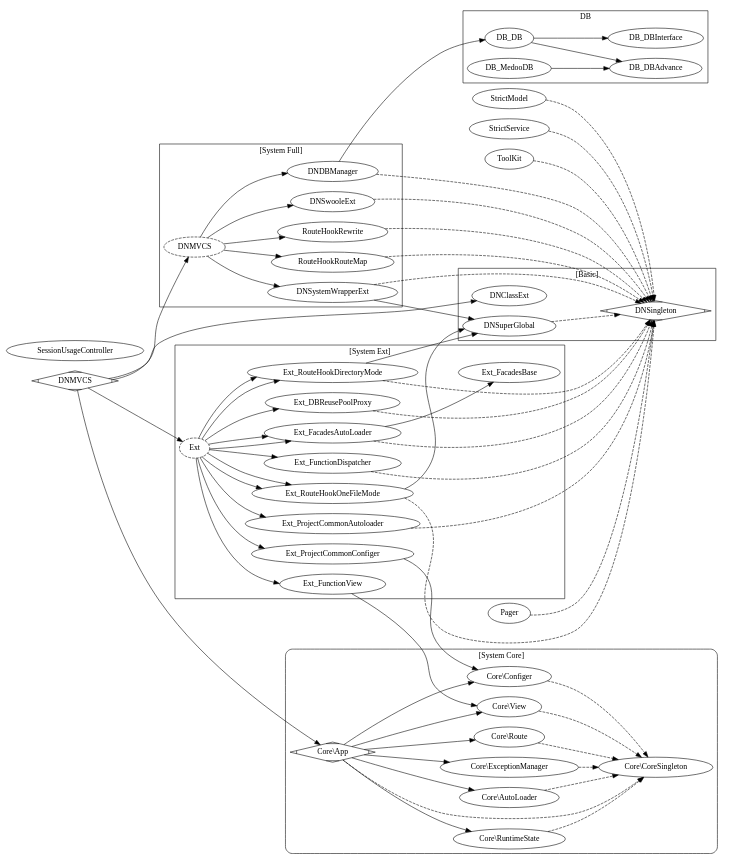
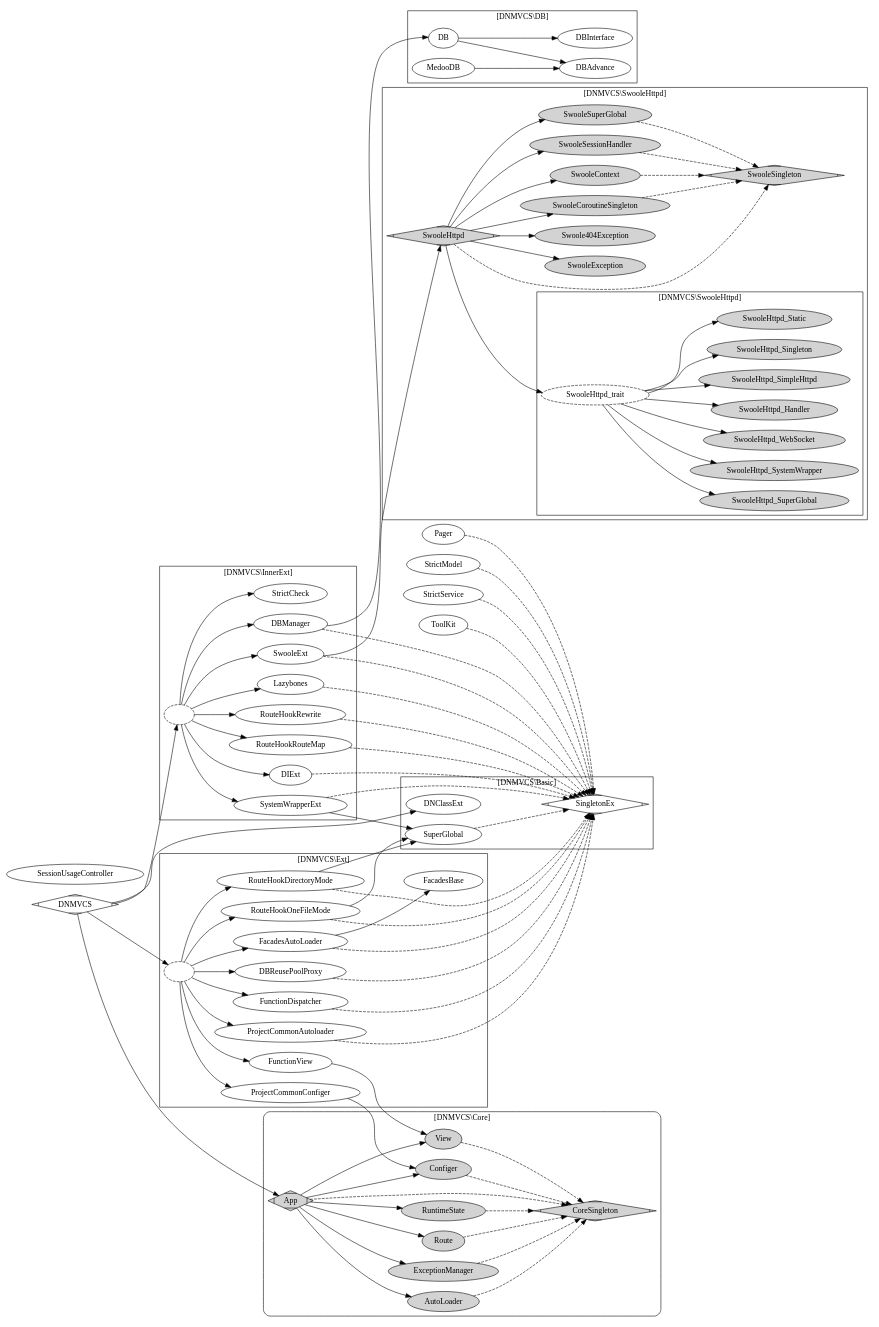
The diagram in dnmvcs.gv (dvaknheo/duckphp), drawn with Graphviz before and after one commit. The commit also changed 9 other files, not shown here.

Commit message:
大功告成，只需要文档，后面 SwooleExt 部分再优化点

```diff
--- a/dnmvcs.gv
+++ b/dnmvcs.gv
@@ -1,113 +1,174 @@
 digraph G{
 /* This is a graphviz file */
 graph [rankdir = "LR"];
 subgraph cluster_Basic {
-    label = "[Basic]";
-    DNSingleton [shape=Mdiamond];
-    DNSuperGlobal;
+    label = "[DNMVCS\\Basic]";
+    SingletonEx [shape=Mdiamond];
+    SuperGlobal;
     DNClassExt;
-    DNSuperGlobal -> DNSingleton[style="dashed"]; 
+    SuperGlobal -> SingletonEx[style="dashed"]; 
+}
+subgraph cluster_SwooleHttpd {
+    node [style=filled];
+    label = "[DNMVCS\\SwooleHttpd]";
+
+subgraph cluster_SwooleHttpd_trait {
+
+SwooleHttpd_trait [style="dashed"];
+SwooleHttpd_trait -> SwooleHttpd_SimpleHttpd;
+SwooleHttpd_trait -> SwooleHttpd_Singleton;
+SwooleHttpd_trait -> SwooleHttpd_Static;
+SwooleHttpd_trait -> SwooleHttpd_SuperGlobal;
+SwooleHttpd_trait -> SwooleHttpd_SystemWrapper;
+SwooleHttpd_trait -> SwooleHttpd_WebSocket;
+SwooleHttpd_trait -> SwooleHttpd_Handler;
+
+}
+SwooleHttpd -> SwooleHttpd_trait;
+
+SwooleHttpd -> SwooleCoroutineSingleton;
+SwooleHttpd -> SwooleContext;
+SwooleHttpd -> SwooleException;
+SwooleHttpd -> Swoole404Exception;
+
+SwooleHttpd -> SwooleSessionHandler;
+SwooleHttpd -> SwooleSuperGlobal;
+
+
+SwooleHttpd -> SwooleSingleton [style="dashed"];
+SwooleCoroutineSingleton -> SwooleSingleton [style="dashed"];
+SwooleContext -> SwooleSingleton [style="dashed"];
+SwooleSuperGlobal -> SwooleSingleton [style="dashed"];
+SwooleSessionHandler -> SwooleSingleton [style="dashed"];
+
+SwooleHttpd [label="SwooleHttpd";shape=Mdiamond];
+SwooleSingleton [label="SwooleSingleton";shape=Mdiamond];
+
+SwooleCoroutineSingleton [label="SwooleCoroutineSingleton"];
+SwooleException [label="SwooleException"];
+Swoole404Exception [label="Swoole404Exception"];
+SwooleContext [label="SwooleContext"];
+SwooleSuperGlobal [label="SwooleSuperGlobal"];
+SwooleSessionHandler [label="SwooleSessionHandler"];
+
 }
 subgraph cluster_Core {
     style = "rounded";
-    label = "[System Core]";
+    label = "[DNMVCS\\Core]";
+    node [style=filled];
+    
     Core_App -> Core_AutoLoader ;
     Core_App -> Core_ExceptionManager;
     Core_App -> Core_View;
     Core_App -> Core_Configer;
     Core_App -> Core_Route;
     Core_App -> Core_RuntimeState;
     
     Core_App -> Core_CoreSingleton [style="dashed"];
     Core_AutoLoader -> Core_CoreSingleton [style="dashed"];
     Core_ExceptionManager -> Core_CoreSingleton [style="dashed"];
     Core_View -> Core_CoreSingleton [style="dashed"];
     Core_Configer -> Core_CoreSingleton [style="dashed"];
     Core_Route -> Core_CoreSingleton [style="dashed"];
     Core_RuntimeState -> Core_CoreSingleton [style="dashed"];
     
-    Core_CoreSingleton [label="Core\\CoreSingleton"];
-    Core_App [label="Core\\App";shape=Mdiamond];
-    Core_AutoLoader [label="Core\\AutoLoader"];
-    Core_ExceptionManager [label="Core\\ExceptionManager"];
-    Core_View [label="Core\\View"];
-    Core_Configer [label="Core\\Configer"];
-    Core_Route [label="Core\\Route"];
-    Core_RuntimeState [label="Core\\RuntimeState"];
+    Core_App [label="App";shape=Mdiamond];
+    Core_CoreSingleton [label="CoreSingleton";shape=Mdiamond];
+    Core_AutoLoader [label="AutoLoader"];
+    Core_ExceptionManager [label="ExceptionManager"];
+    Core_View [label="View"];
+    Core_Configer [label="Configer"];
+    Core_Route [label="Route"];
+    Core_RuntimeState [label="RuntimeState"];
 }
 
 
 subgraph cluster_DB {
-    label = "DB";
+    label = "[DNMVCS\\DB]";
 
 DB_DB -> DB_DBAdvance;
 DB_DB -> DB_DBInterface;
 DB_MedooDB -> DB_DBAdvance;
 
+DB_DB [label="DB"];
+DB_DBAdvance [label="DBAdvance"];
+DB_DBInterface [label="DBInterface"];
+DB_MedooDB [label="MedooDB"];
+
+
 }
-subgraph cluster_Full {
-    label = "[System Full]";
+subgraph cluster_InnerExt {
+    label = "[DNMVCS\\InnerExt]";
 
-    Full -> DNSwooleExt;
-    Full -> RouteHookRewrite;
-    Full -> RouteHookRouteMap;
+    InnerExt -> SwooleExt;
+    InnerExt -> RouteHookRewrite;
+    InnerExt -> RouteHookRouteMap;
+    InnerExt -> DIExt;
+    InnerExt -> Lazybones;
+    InnerExt -> StrictCheck;
+    
+    InnerExt -> SystemWrapperExt -> SuperGlobal;
+    InnerExt -> DBManager -> DB_DB;
+    
+    
 
-    Full -> DNSystemWrapperExt -> DNSuperGlobal;
-    Full -> DNDBManager -> DB_DB;
+    SwooleExt-> SwooleHttpd;
     
-    DNSwooleExt -> DNSingleton[style="dashed"]; 
-    RouteHookRewrite -> DNSingleton[style="dashed"]; 
-    RouteHookRouteMap -> DNSingleton [style="dashed"]; 
-    DNSystemWrapperExt -> DNSingleton [style="dashed"]; 
-    DNDBManager -> DNSingleton [style="dashed"]; 
+    SwooleExt -> SingletonEx[style="dashed"]; 
+    RouteHookRewrite -> SingletonEx[style="dashed"]; 
+    RouteHookRouteMap -> SingletonEx [style="dashed"]; 
+    SystemWrapperExt -> SingletonEx [style="dashed"]; 
+    DBManager -> SingletonEx [style="dashed"]; 
     
-    Full [label="DNMVCS";style="dashed"];
+    DIExt -> SingletonEx [style="dashed"]; 
+    Lazybones -> SingletonEx [style="dashed"]; 
+    
+ 
+    InnerExt [label="";style="dashed"];
 
 }
 subgraph cluster_Ext {
-label = "[System Ext]";
+label = "[DNMVCS\\Ext]";
 
 
-Ext-> Ext_DBReusePoolProxy; 
-Ext-> Ext_FunctionDispatcher;
-Ext-> Ext_ProjectCommonAutoloader;
-Ext-> Ext_FacadesAutoLoader;
-Ext-> Ext_RouteHookDirectoryMode;
-Ext-> Ext_RouteHookOneFileMode;
+Ext-> DBReusePoolProxy; 
+Ext-> FunctionDispatcher;
+Ext-> ProjectCommonAutoloader;
+Ext-> FacadesAutoLoader;
+Ext-> RouteHookDirectoryMode;
+Ext-> RouteHookOneFileMode;
+Ext-> ProjectCommonConfiger -> Core_Configer;
+Ext-> FunctionView  -> Core_View;
+FacadesAutoLoader ->FacadesBase ;
+RouteHookDirectoryMode -> SuperGlobal;
+RouteHookOneFileMode -> SuperGlobal;
 
-Ext_DBReusePoolProxy ->  DNSingleton [style="dashed"];  
-Ext_FunctionDispatcher -> DNSingleton [style="dashed"]; 
-Ext_ProjectCommonAutoloader -> DNSingleton [style="dashed"]; 
-Ext_FacadesAutoLoader -> DNSingleton [style="dashed"]; 
-Ext_RouteHookDirectoryMode -> DNSingleton [style="dashed"]; 
-Ext_RouteHookOneFileMode -> DNSingleton [style="dashed"]; 
-
-
-Ext-> Ext_FacadesAutoLoader -> Ext_FacadesBase ;
-Ext-> Ext_RouteHookDirectoryMode -> DNSuperGlobal;
-Ext-> Ext_RouteHookOneFileMode -> DNSuperGlobal;
-
-
-Ext-> Ext_ProjectCommonConfiger -> Core_Configer;
-Ext-> Ext_FunctionView  -> Core_View;
-
-Ext [label="Ext";style="dashed"];
+DBReusePoolProxy ->  SingletonEx [style="dashed"];  
+FunctionDispatcher -> SingletonEx [style="dashed"]; 
+ProjectCommonAutoloader -> SingletonEx [style="dashed"]; 
+FacadesAutoLoader -> SingletonEx [style="dashed"]; 
+RouteHookDirectoryMode -> SingletonEx [style="dashed"]; 
+RouteHookOneFileMode -> SingletonEx [style="dashed"]; 
+Ext [label="";style="dashed"];
 
 }
 
 
+
 DNMVCS -> Core_App;
-DNMVCS -> Full;
+DNMVCS -> InnerExt;
 DNMVCS -> Ext;
 DNMVCS -> DNClassExt;
 
 DNMVCS [shape=Mdiamond];
 
-DNSingleton;
-Pager -> DNSingleton [style="dashed"]; 
-StrictModel -> DNSingleton [style="dashed"]; 
-StrictService -> DNSingleton [style="dashed"]; 
-ToolKit  -> DNSingleton [style="dashed"]; 
+SingletonEx;
+Pager -> SingletonEx [style="dashed"]; 
+StrictModel -> SingletonEx [style="dashed"]; 
+StrictService -> SingletonEx [style="dashed"]; 
+ToolKit  -> SingletonEx [style="dashed"]; 
 SessionUsageController;
 
+
+
 }
```
